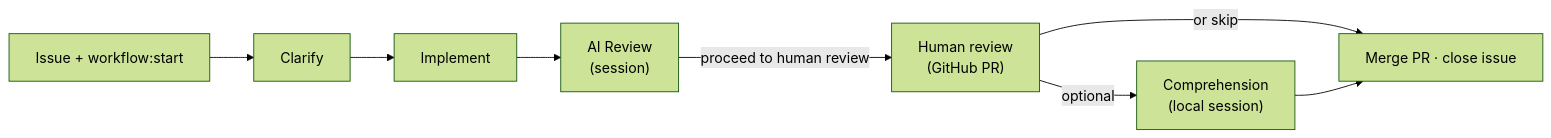
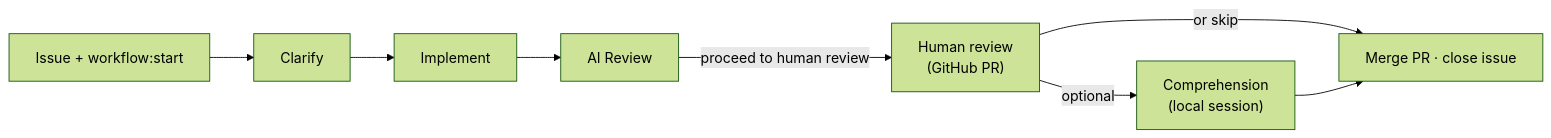
One commit to D-Andreev/ai-workflow-routines changed the diagram in README.md. Above: the diagram before and after it, drawn with Mermaid (forest theme).

````diff
--- a/README.md
+++ b/README.md
@@ -16,16 +16,16 @@
 ```mermaid
 flowchart LR
     issue["Issue + workflow:start"]
     clarify["Clarify"]
     implement["Implement"]
-    aiReview["AI Review\n(session)"]
+    aiReview["AI Review\n"]
     human["Human review\n(GitHub PR)"]
 
     issue --> clarify
     clarify --> implement
     implement --> aiReview
     aiReview -->|"proceed to human review"| human
     human -->|"optional"| comprehension["Comprehension\n(local session)"]
     human -->|"or skip"| merge["Merge PR · close issue"]
     comprehension --> merge
 ```
````
